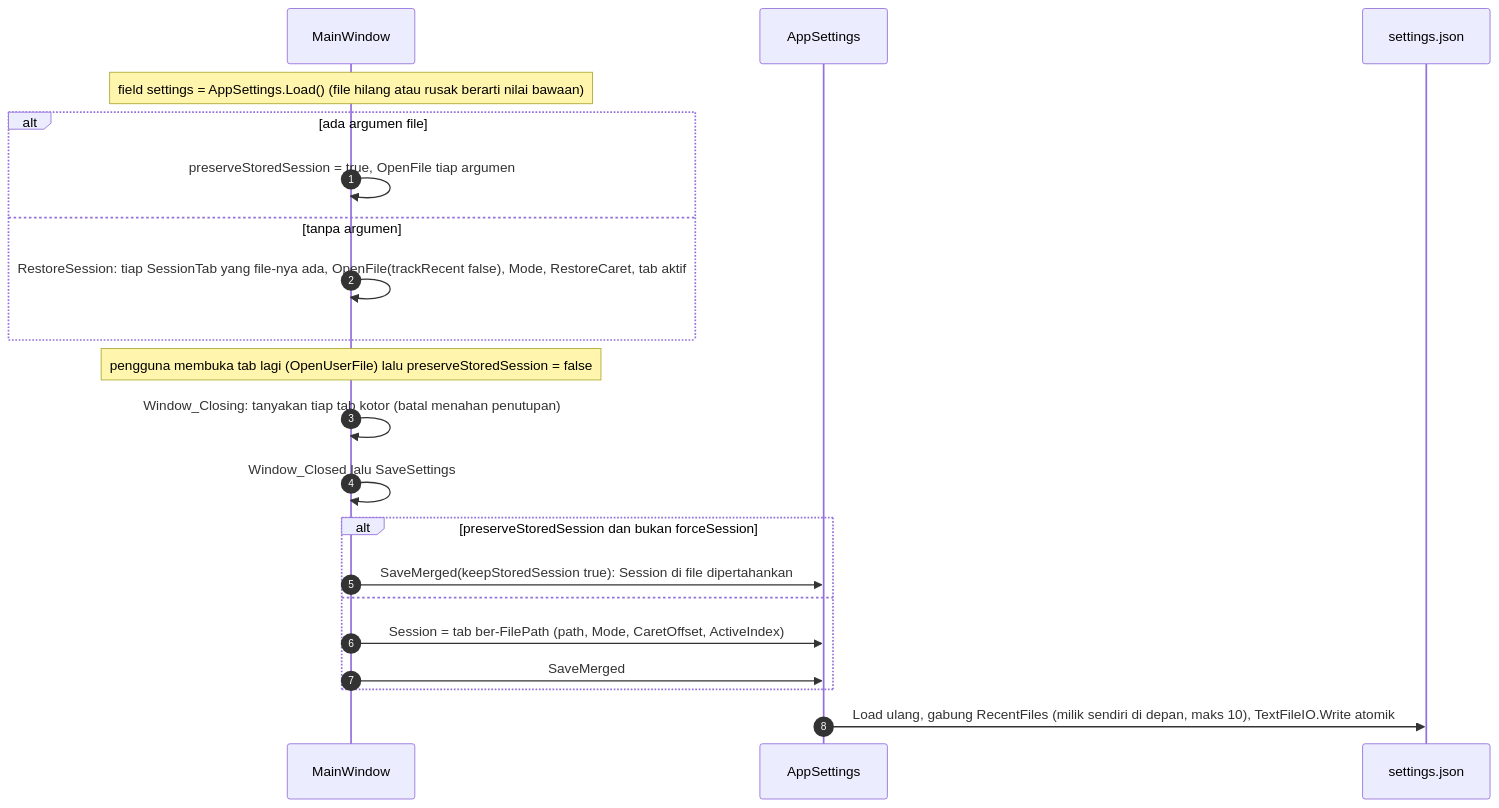
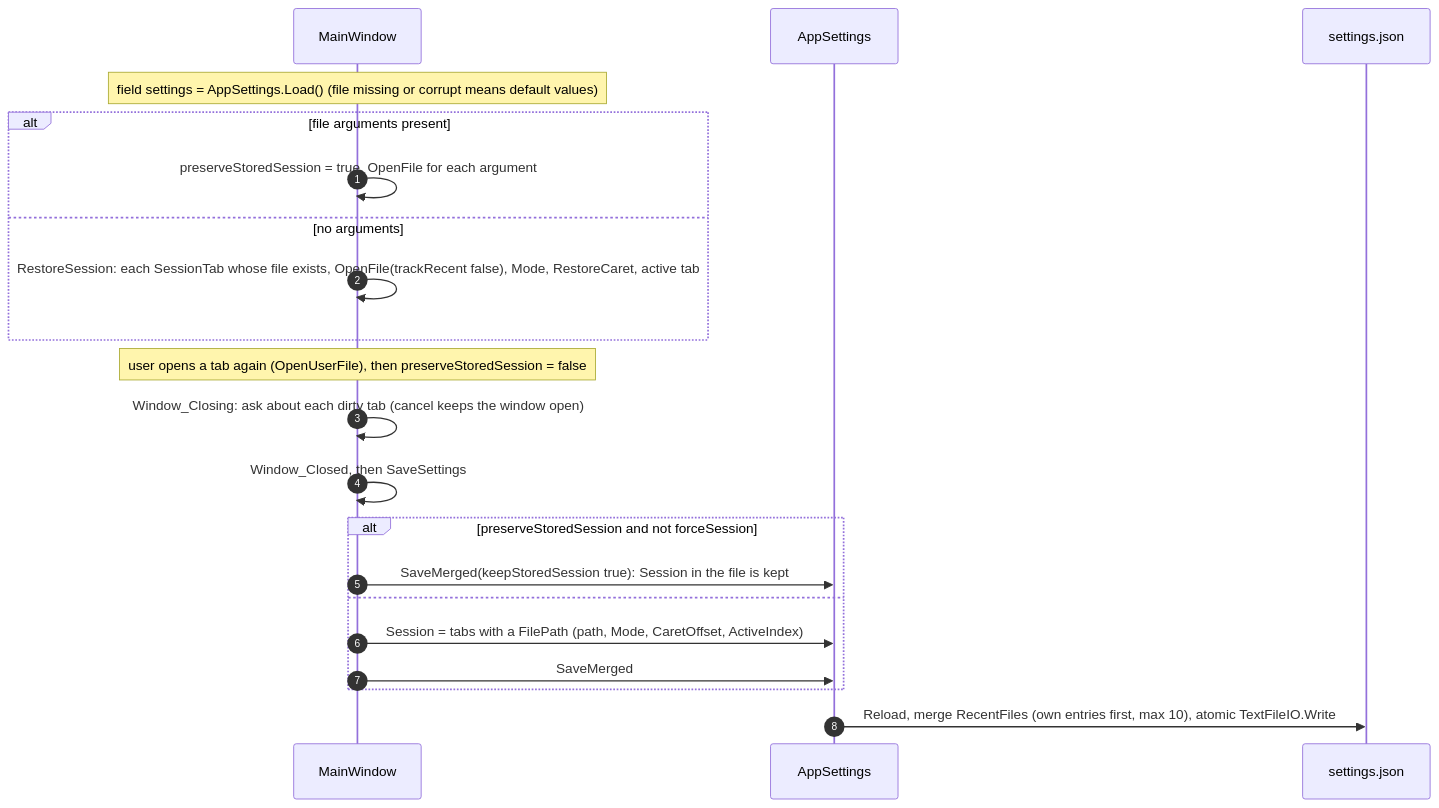
The eighth of 14 diagrams in docs/ARCHITECTURE.md (hoaaah/Makdon), drawn with Mermaid before and after one commit. The commit also changed other lines of this file and 8 other files, not shown here.

````diff
--- a/docs/ARCHITECTURE.md
+++ b/docs/ARCHITECTURE.md
@@ -457,24 +454,24 @@
 ```mermaid
 sequenceDiagram
     autonumber
     participant M as MainWindow
     participant S as AppSettings
     participant F as settings.json
 
-    Note over M: field settings = AppSettings.Load() (file hilang atau rusak berarti nilai bawaan)
-    alt ada argumen file
-        M->>M: preserveStoredSession = true, OpenFile tiap argumen
-    else tanpa argumen
-        M->>M: RestoreSession: tiap SessionTab yang file-nya ada, OpenFile(trackRecent false), Mode, RestoreCaret, tab aktif
+    Note over M: field settings = AppSettings.Load() (file missing or corrupt means default values)
+    alt file arguments present
+        M->>M: preserveStoredSession = true, OpenFile for each argument
+    else no arguments
+        M->>M: RestoreSession: each SessionTab whose file exists, OpenFile(trackRecent false), Mode, RestoreCaret, active tab
     end
-    Note over M: pengguna membuka tab lagi (OpenUserFile) lalu preserveStoredSession = false
-    M->>M: Window_Closing: tanyakan tiap tab kotor (batal menahan penutupan)
-    M->>M: Window_Closed lalu SaveSettings
-    alt preserveStoredSession dan bukan forceSession
-        M->>S: SaveMerged(keepStoredSession true): Session di file dipertahankan
+    Note over M: user opens a tab again (OpenUserFile), then preserveStoredSession = false
+    M->>M: Window_Closing: ask about each dirty tab (cancel keeps the window open)
+    M->>M: Window_Closed, then SaveSettings
+    alt preserveStoredSession and not forceSession
+        M->>S: SaveMerged(keepStoredSession true): Session in the file is kept
     else
-        M->>S: Session = tab ber-FilePath (path, Mode, CaretOffset, ActiveIndex)
+        M->>S: Session = tabs with a FilePath (path, Mode, CaretOffset, ActiveIndex)
         M->>S: SaveMerged
     end
-    S->>F: Load ulang, gabung RecentFiles (milik sendiri di depan, maks 10), TextFileIO.Write atomik
+    S->>F: Reload, merge RecentFiles (own entries first, max 10), atomic TextFileIO.Write
 ```
````
